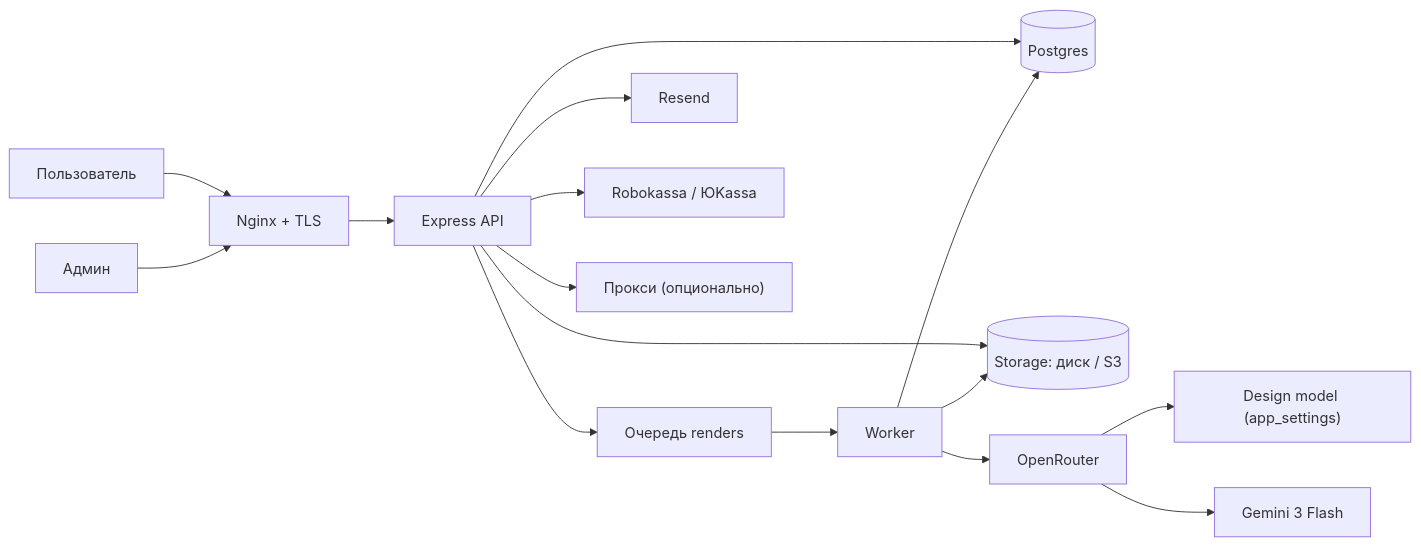
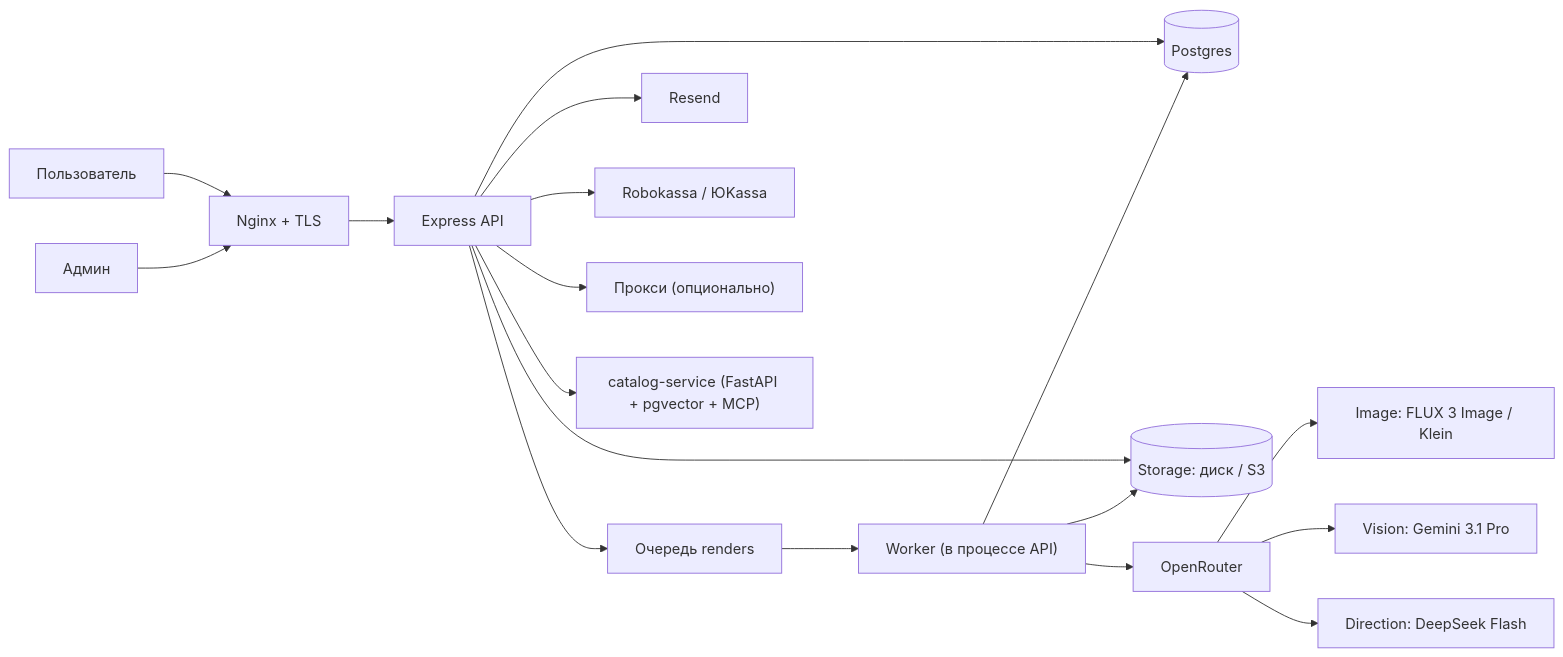
Before and after one commit to oblacko/remontvision: the first of 2 diagrams in docs/ARCHITECTURE.md, drawn with Mermaid. The commit also changed other lines of this file and 21 other files, not shown here.

````diff
--- a/docs/ARCHITECTURE.md
+++ b/docs/ARCHITECTURE.md
@@ -7,18 +7,20 @@
 ```mermaid
 flowchart LR
   U["Пользователь"] --> N["Nginx + TLS"]
   A["Админ"] --> N
   N --> E["Express API"]
   E --> P[("Postgres")]
   E --> F[("Storage: диск / S3")]
   E --> Q["Очередь renders"]
-  Q --> W["Worker"]
+  Q --> W["Worker (в процессе API)"]
   W --> P
   W --> F
   W --> O["OpenRouter"]
-  O --> S["Design model (app_settings)"]
-  O --> G["Gemini 3 Flash"]
+  O --> S["Image: FLUX 3 Image / Klein"]
+  O --> G["Vision: Gemini 3.1 Pro"]
+  O --> D["Direction: DeepSeek Flash"]
   E --> R["Resend"]
   E --> Y["Robokassa / ЮKassa"]
   E --> X["Прокси (опционально)"]
+  E --> C["catalog-service (FastAPI + pgvector + MCP)"]
 ```
````
